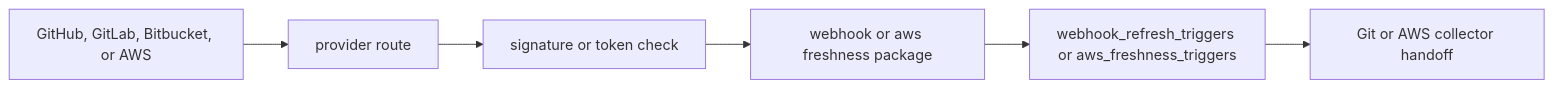
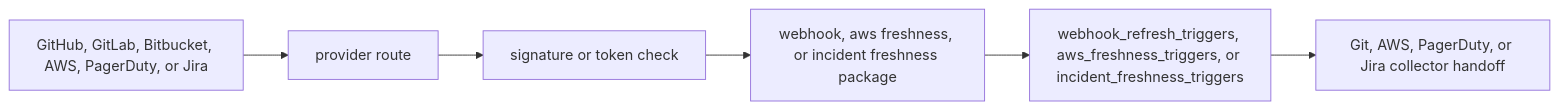
One commit to eshu-hq/eshu changed the diagram in go/cmd/webhook-listener/README.md. Above: the diagram before and after it, drawn with Mermaid. The commit also changed other lines of this file and 48 other files, not shown here.

Commit message:
feat: add incident webhook freshness triggers

````diff
--- a/go/cmd/webhook-listener/README.md
+++ b/go/cmd/webhook-listener/README.md
@@ -20,8 +21,8 @@
 ```mermaid
 flowchart LR
-  Provider["GitHub, GitLab, Bitbucket, or AWS"] --> Handler["provider route"]
+  Provider["GitHub, GitLab, Bitbucket, AWS, PagerDuty, or Jira"] --> Handler["provider route"]
   Handler --> Verify["signature or token check"]
-  Verify --> Normalize["webhook or aws freshness package"]
-  Normalize --> Store["webhook_refresh_triggers or aws_freshness_triggers"]
-  Store --> Collector["Git or AWS collector handoff"]
+  Verify --> Normalize["webhook, aws freshness, or incident freshness package"]
+  Normalize --> Store["webhook_refresh_triggers, aws_freshness_triggers, or incident_freshness_triggers"]
+  Store --> Collector["Git, AWS, PagerDuty, or Jira collector handoff"]
 ```
````
